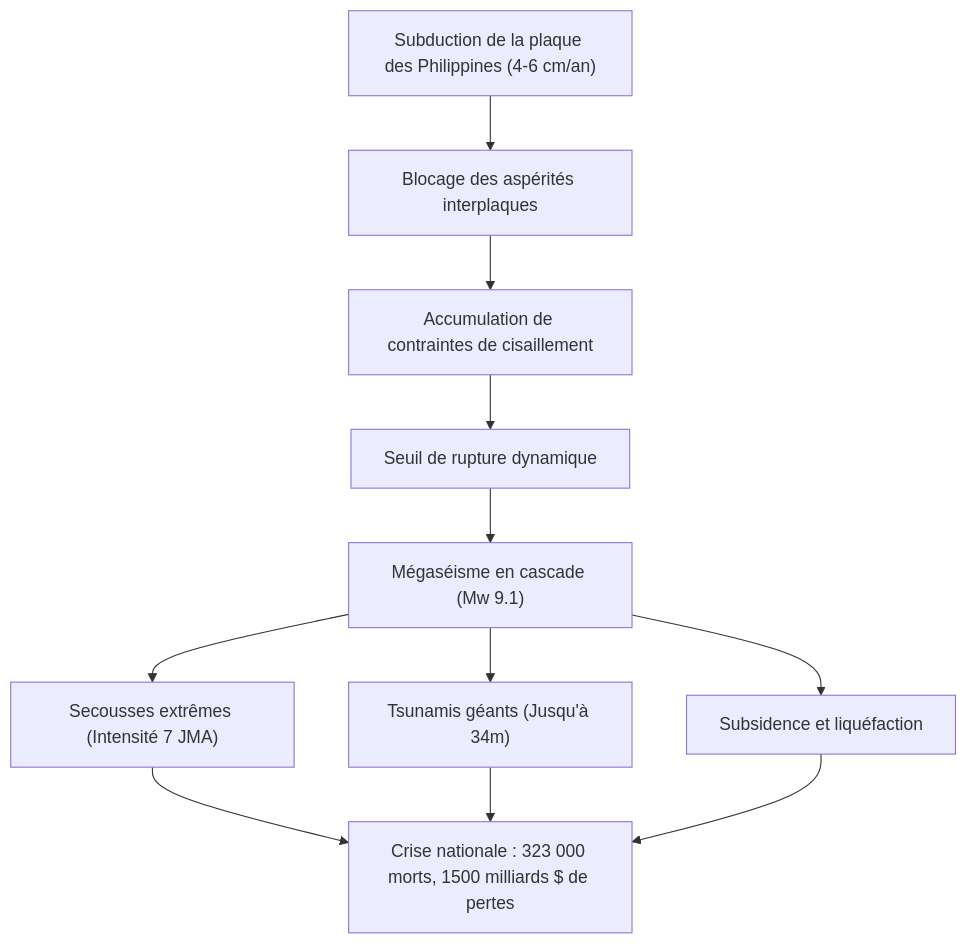
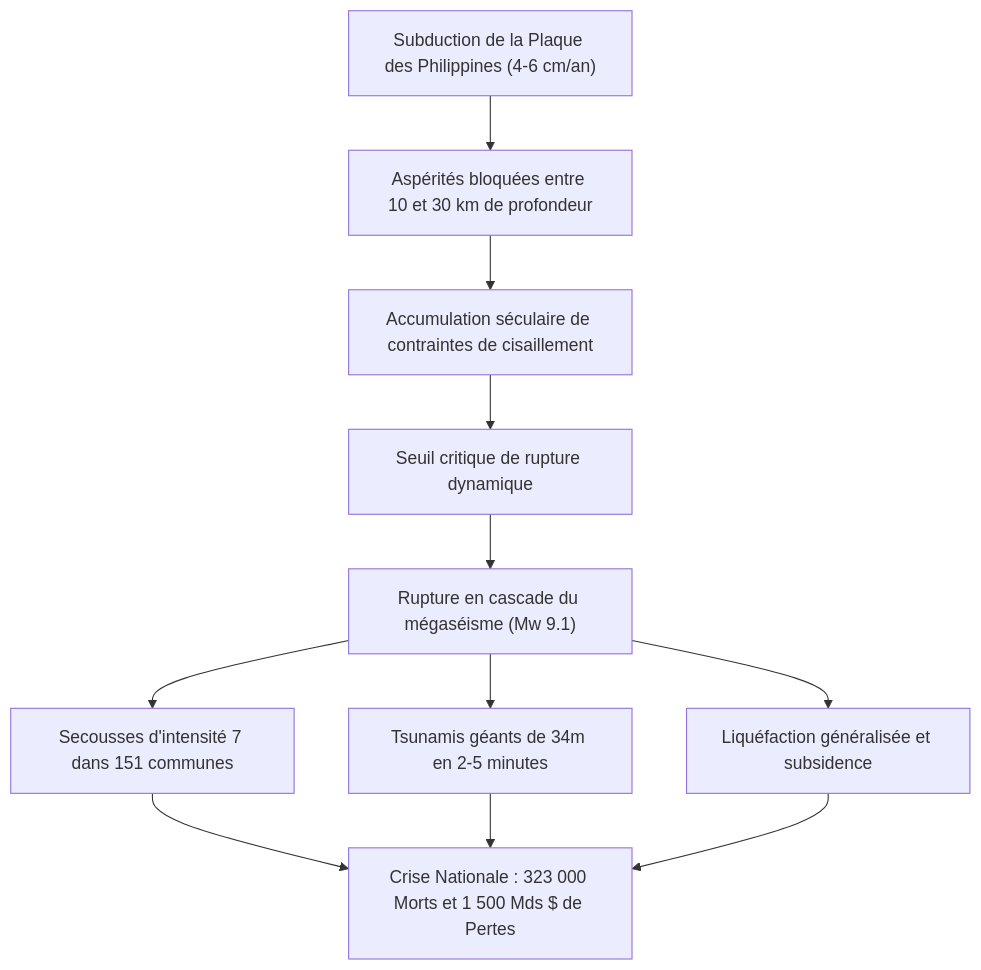
The diagram in content/post/nankai-trough-megathrust-earthquake-scientific-guide-disaster-prevention/index.fr.md (kenjinote/blog), drawn with Mermaid before and after one commit. The commit also changed other lines of this file and 12 other files, not shown here.

````diff
--- a/content/post/nankai-trough-megathrust-earthquake-scientific-guide-disaster-prevention/index.fr.md
+++ b/content/post/nankai-trough-megathrust-earthquake-scientific-guide-disaster-prevention/index.fr.md
@@ -17,13 +27,11 @@
 ```mermaid
 flowchart TD
-    P1["Subduction de la plaque des Philippines (4-6 cm/an)"] --> P2["Blocage des aspérités interplaques"]
-    P2 --> P3["Accumulation de contraintes de cisaillement"]
-    P3 --> P4["Seuil de rupture dynamique"]
-    P4 --> P5["Mégaséisme en cascade (Mw 9.1)"]
-    P5 --> E1["Secousses extrêmes (Intensité 7 JMA)"]
-    P5 --> E2["Tsunamis géants (Jusqu'à 34m)"]
-    P5 --> E3["Subsidence et liquéfaction"]
-    E1 --> TOTAL["Crise nationale : 323 000 morts, 1500 milliards $ de pertes"]
-    E2 --> TOTAL
-    E3 --> TOTAL
+    P1["Subduction de la Plaque des Philippines (4-6 cm/an)"] --> P2["Aspérités bloquées entre 10 et 30 km de profondeur"]
+    P2 --> P3["Accumulation séculaire de contraintes de cisaillement"]
+    P3 --> P4["Seuil critique de rupture dynamique"]
+    P4 --> P5["Rupture en cascade du mégaséisme (Mw 9.1)"]
+    P5 --> E1["Secousses d'intensité 7 dans 151 communes"]
+    P5 --> E2["Tsunamis géants de 34m en 2-5 minutes"]
+    P5 --> E3["Liquéfaction généralisée et subsidence"]
+    E1 & E2 & E3 --> TOTAL["Crise Nationale : 323 000 Morts et 1 500 Mds $ de Pertes"]
 ```
````
